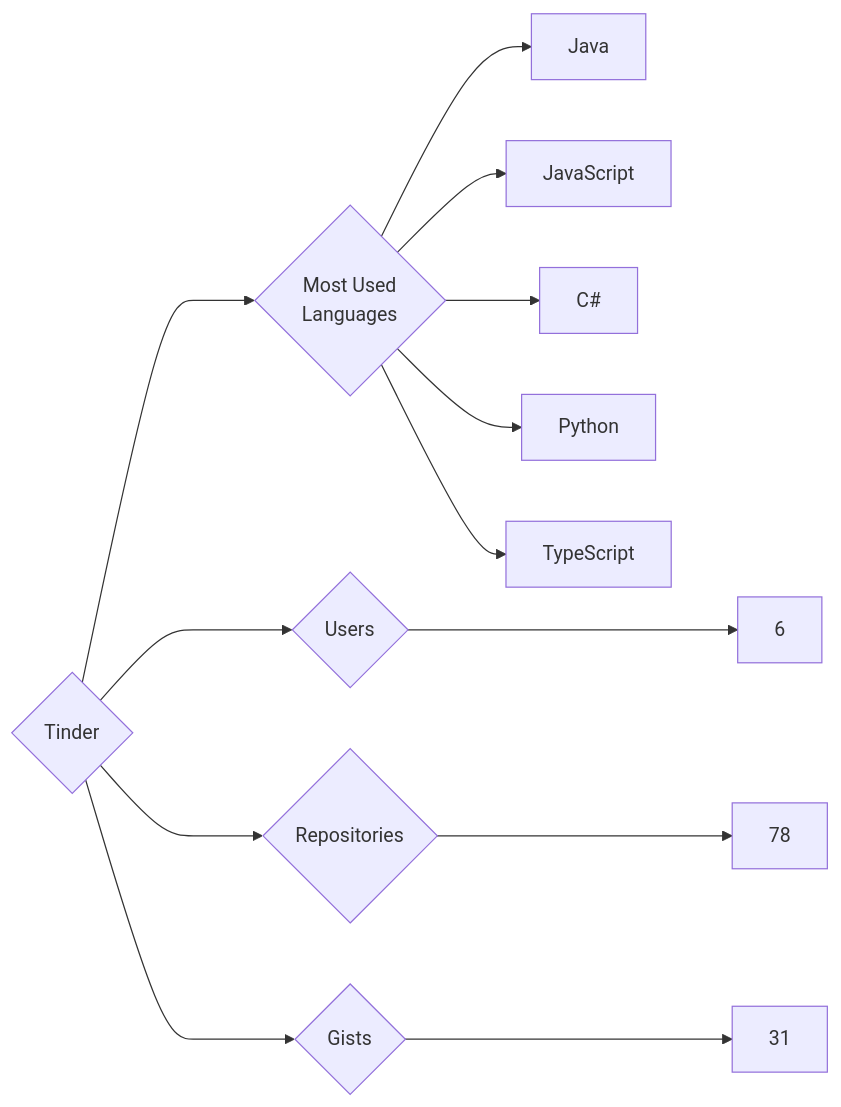
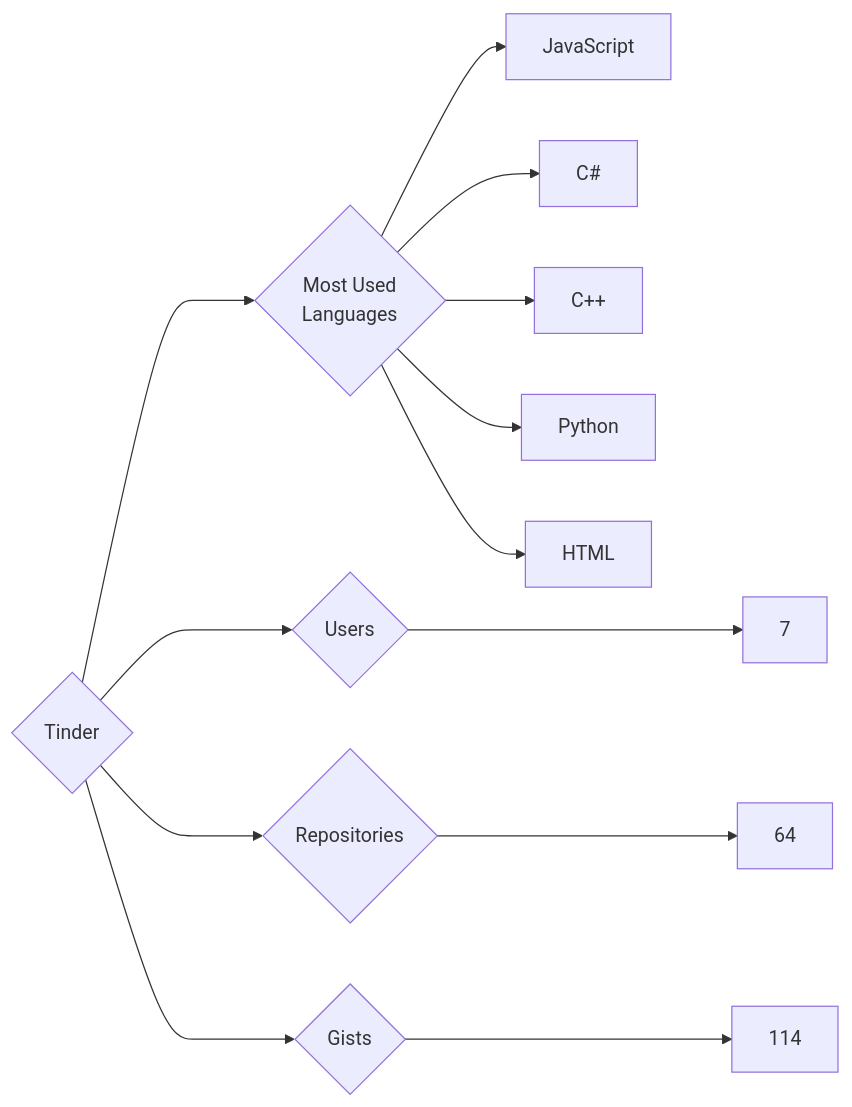
One commit to trickest/insiders changed the diagram in targets/Tinder/README.md. Above: the diagram before and after it, drawn with Mermaid. The commit also changed 964 other files, not shown here.

````diff
--- a/targets/Tinder/README.md
+++ b/targets/Tinder/README.md
@@ -3,13 +3,13 @@
 ```mermaid
 graph LR
 COMPANY_NAME{Tinder}
-COMPANY_NAME ---> U{Users} ---> UN[6]
-COMPANY_NAME ---> R{Repositories} ---> RN[78]
-COMPANY_NAME ---> G{Gists} ---> GN[31]
+COMPANY_NAME ---> U{Users} ---> UN[7]
+COMPANY_NAME ---> R{Repositories} ---> RN[64]
+COMPANY_NAME ---> G{Gists} ---> GN[114]
 COMPANY_NAME ---> ML{Most Used<br>Languages}
-ML --> Java[Java]
 ML --> JavaScript[JavaScript]
 ML --> C#[C#]
+ML --> C++[C++]
 ML --> Python[Python]
-ML --> TypeScript[TypeScript]
+ML --> HTML[HTML]
 ```
````
